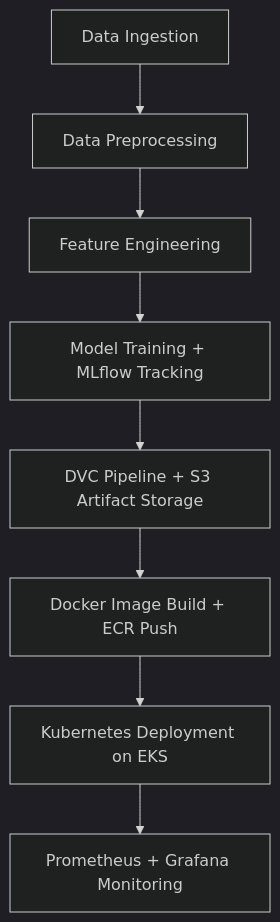
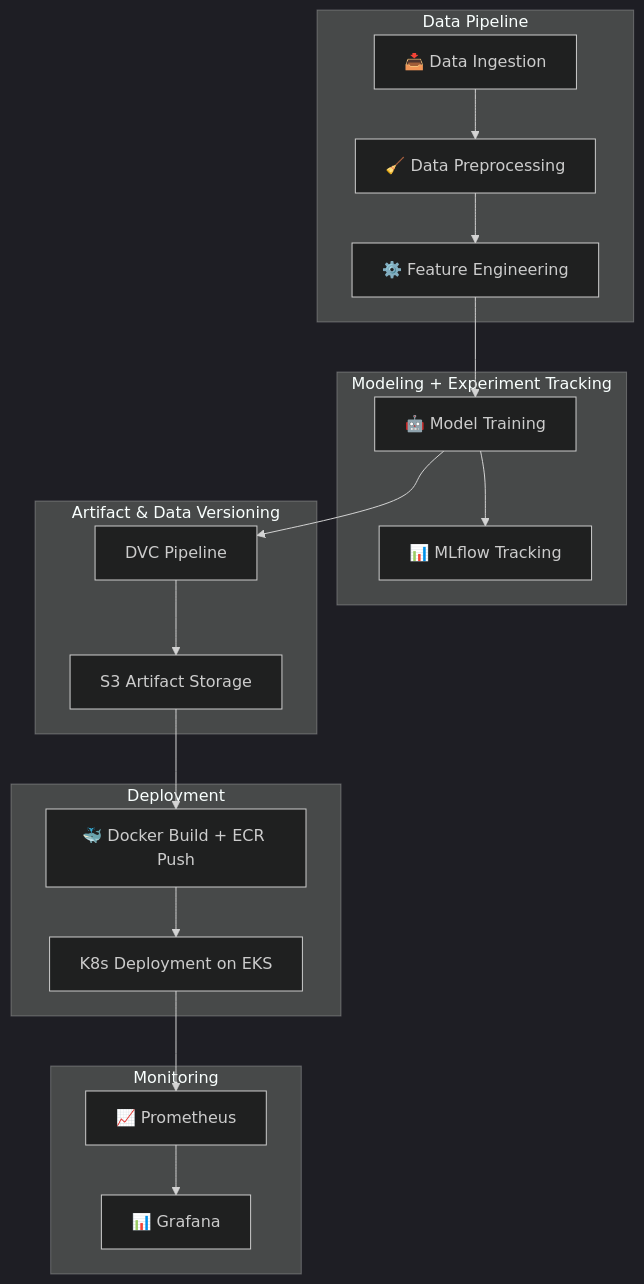
One commit to keshav1017/Capstone-Project changed the diagram in README.md. Above: the diagram before and after it, drawn with Mermaid (dark theme). The commit also changed 6 other files, not shown here.

````diff
--- a/README.md
+++ b/README.md
@@ -47,10 +47,38 @@
 ```mermaid
 flowchart TD
-  A[Data Ingestion] --> B[Data Preprocessing]
-  B --> C[Feature Engineering]
-  C --> D[Model Training + MLflow Tracking]
-  D --> E[DVC Pipeline + S3 Artifact Storage]
-  E --> F[Docker Image Build + ECR Push]
-  F --> G[Kubernetes Deployment on EKS]
-  G --> H[Prometheus + Grafana Monitoring]
+  subgraph DATA_PIPELINE [Data Pipeline]
+    A[📥 Data Ingestion]
+    B[🧹 Data Preprocessing]
+    C[⚙️ Feature Engineering]
+  end
+
+  subgraph MODELING [Modeling + Experiment Tracking]
+    D[🤖 Model Training]
+    E[📊 MLflow Tracking]
+  end
+
+  subgraph VERSIONING [Artifact & Data Versioning]
+    F[DVC Pipeline]
+    G[S3 Artifact Storage]
+  end
+
+  subgraph DEPLOYMENT [Deployment]
+    H[🐳 Docker Build + ECR Push]
+    I[K8s Deployment on EKS]
+  end
+
+  subgraph MONITORING [Monitoring]
+    J[📈 Prometheus]
+    K[📊 Grafana]
+  end
+
+  %% Connections
+  A --> B --> C --> D
+  D --> E
+  D --> F
+  F --> G
+  G --> H
+  H --> I
+  I --> J
+  J --> K
 ```
````
